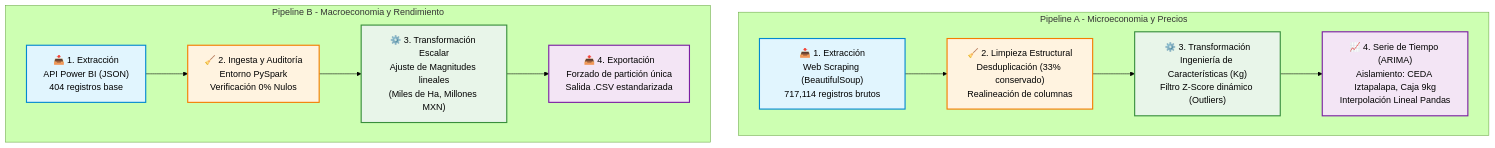
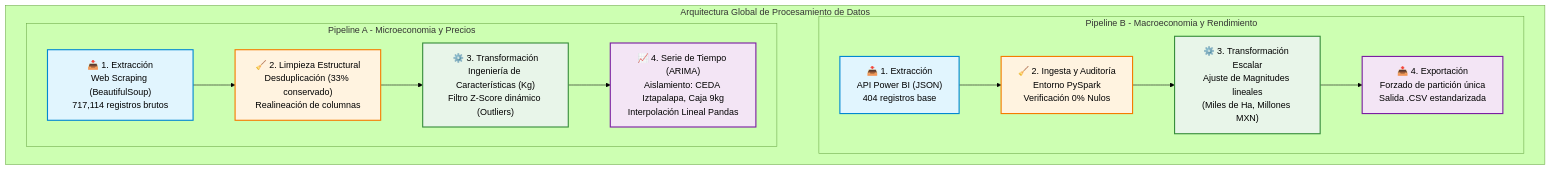
One commit to maxF10R35/documentacion-aguacates-monarca changed the diagram in ingenieria-y-procesamiento-de-datos/extraccion-y-limpieza.md. Above: the diagram before and after it, drawn with Mermaid (forest theme).

Commit message:
Refactor data processing pipelines in documentation

````diff
--- a/ingenieria-y-procesamiento-de-datos/extraccion-y-limpieza.md
+++ b/ingenieria-y-procesamiento-de-datos/extraccion-y-limpieza.md
@@ -31,20 +31,27 @@
 ```mermaid
 graph TD
-    %% Estilos de los nodos
+    %% Estilos de los nodos (Colores corporativos)
     classDef extraccion fill:#e1f5fe,stroke:#0288d1,stroke-width:2px,color:#000
     classDef limpieza fill:#fff3e0,stroke:#f57c00,stroke-width:2px,color:#000
     classDef transformacion fill:#e8f5e9,stroke:#388e3c,stroke-width:2px,color:#000
     classDef salida fill:#f3e5f5,stroke:#7b1fa2,stroke-width:2px,color:#000
 
-    subgraph Pipeline_A [Pipeline A - Microeconomia y Precios]
-        A1["📥 1. Extracción<br>Web Scraping (BeautifulSoup)<br>717,114 registros brutos"]:::extraccion --> A2["🧹 2. Limpieza Estructural<br>Desduplicación (33% conservado)<br>Realineación de columnas"]:::limpieza
-        A2 --> A3["⚙️ 3. Transformación<br>Ingeniería de Características (Kg)<br>Filtro Z-Score dinámico (Outliers)"]:::transformacion
-        A3 --> A4["📈 4. Serie de Tiempo (ARIMA)<br>Aislamiento: CEDA Iztapalapa, Caja 9kg<br>Interpolación Lineal Pandas"]:::salida
-    end
+    subgraph Arquitectura_Global [Arquitectura Global de Procesamiento de Datos]
+        
+        subgraph Pipeline_A [Pipeline A - Microeconomia y Precios]
+            A1["📥 1. Extracción<br>Web Scraping (BeautifulSoup)<br>717,114 registros brutos"]:::extraccion --> A2["🧹 2. Limpieza Estructural<br>Desduplicación (33% conservado)<br>Realineación de columnas"]:::limpieza
+            A2 --> A3["⚙️ 3. Transformación<br>Ingeniería de Características (Kg)<br>Filtro Z-Score dinámico (Outliers)"]:::transformacion
+            A3 --> A4["📈 4. Serie de Tiempo (ARIMA)<br>Aislamiento: CEDA Iztapalapa, Caja 9kg<br>Interpolación Lineal Pandas"]:::salida
+        end
 
-    subgraph Pipeline_B [Pipeline B - Macroeconomia y Rendimiento]
-        B1["📥 1. Extracción<br>API Power BI (JSON)<br>404 registros base"]:::extraccion --> B2["🧹 2. Ingesta y Auditoría<br>Entorno PySpark<br>Verificación 0% Nulos"]:::limpieza
-        B2 --> B3["⚙️ 3. Transformación Escalar<br>Ajuste de Magnitudes lineales<br>(Miles de Ha, Millones MXN)"]:::transformacion
-        B3 --> B4["📤 4. Exportación<br>Forzado de partición única<br>Salida .CSV estandarizada"]:::salida
+        %% Enlace invisible para forzar el apilamiento vertical exacto
+        A4 ~~~ B1
+
+        subgraph Pipeline_B [Pipeline B - Macroeconomia y Rendimiento]
+            B1["📥 1. Extracción<br>API Power BI (JSON)<br>404 registros base"]:::extraccion --> B2["🧹 2. Ingesta y Auditoría<br>Entorno PySpark<br>Verificación 0% Nulos"]:::limpieza
+            B2 --> B3["⚙️ 3. Transformación Escalar<br>Ajuste de Magnitudes lineales<br>(Miles de Ha, Millones MXN)"]:::transformacion
+            B3 --> B4["📤 4. Exportación<br>Forzado de partición única<br>Salida .CSV estandarizada"]:::salida
+        end
+        
     end
 ```
````
